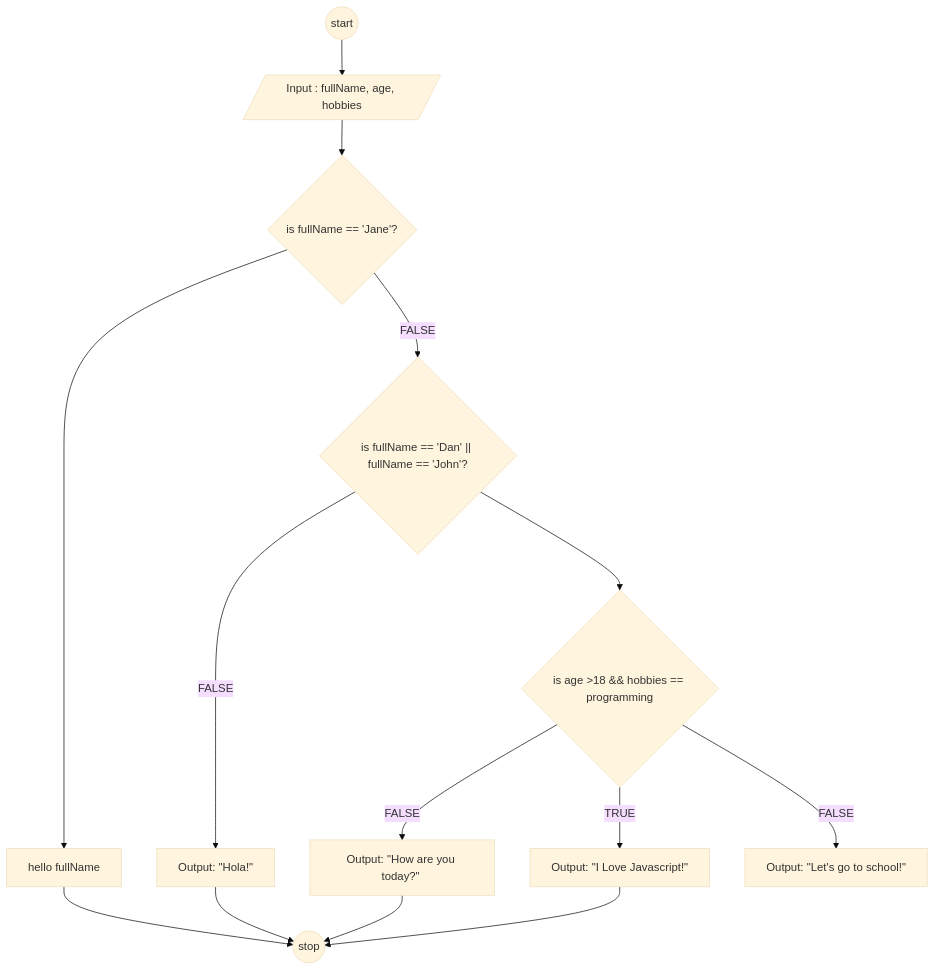
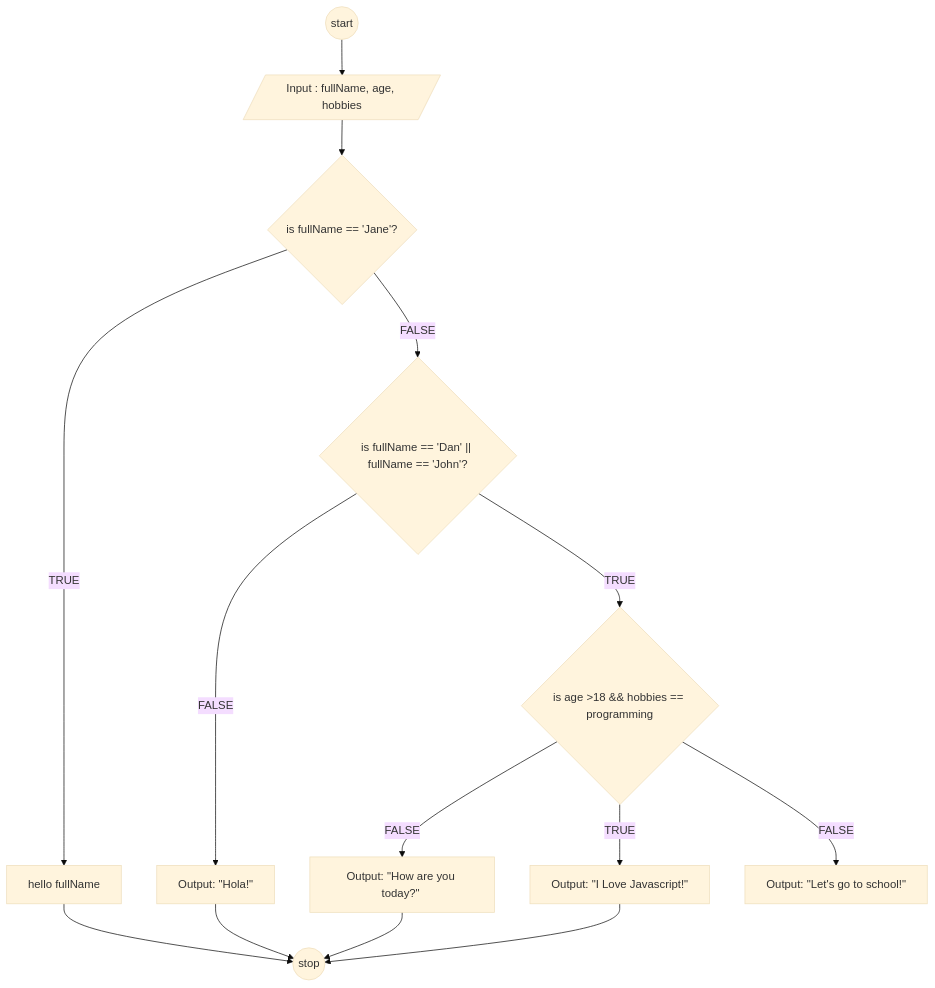
One commit to makarim22/koda-b6-javascript1 changed the diagram in flowchart-fullName.md. Above: the diagram before and after it, drawn with Mermaid (base theme).

````diff
--- a/flowchart-fullName.md
+++ b/flowchart-fullName.md
@@ -1,38 +1,38 @@
 ```mermaid
 flowchart TD
 A@{ shape: circle, label: "start"} --> B
 
 B@{ shape: lean-r, label: "Input : fullName, age, hobbies" } --> C
 
-C@{ shape: diamond, label: "is fullName == 'Jane'?" } --> D
+C@{ shape: diamond, label: "is fullName == 'Jane'?" } -->|TRUE| D
 
 C -- FALSE --> E
 
 D@{ shape: rect, label: "hello fullName"} 
 
-E@{ shape: diamond, label: "is fullName == 'Dan' || fullName == 'John'?" } --> F
+E@{ shape: diamond, label: "is fullName == 'Dan' || fullName == 'John'?" } --> |TRUE| F
 
 E -- FALSE --> K
 
 F@{ shape: diamond, label: "is age >18 && hobbies == programming"} --> |FALSE| G
 
 F -- TRUE --> J
 
 J@{ shape: rect, label: "Output: \"I Love Javascript!\" " }
 
 F -- FALSE --> H
 
 G@{ shape: rect, label: "Output: \"How are you today?\" " }
 
 H@{ shape: rect, label: "Output: \"Let's go to school!\" " } 
 
 K@{ shape: rect, label: "Output: \"Hola!\" " }
 
 Z@{ shape: circle, label: "stop" }
 
 
 D --> Z
 K --> Z
 G --> Z
 J --> Z
 ```
````
